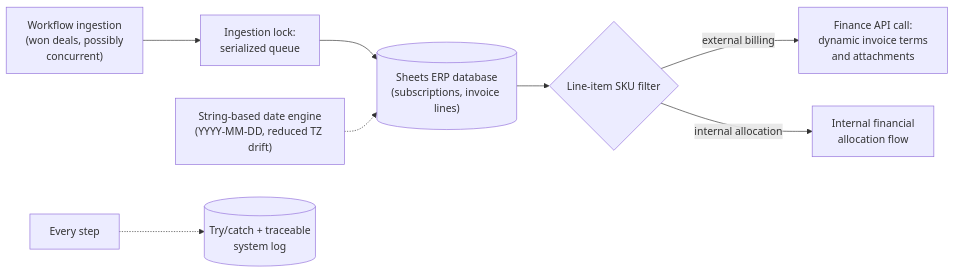
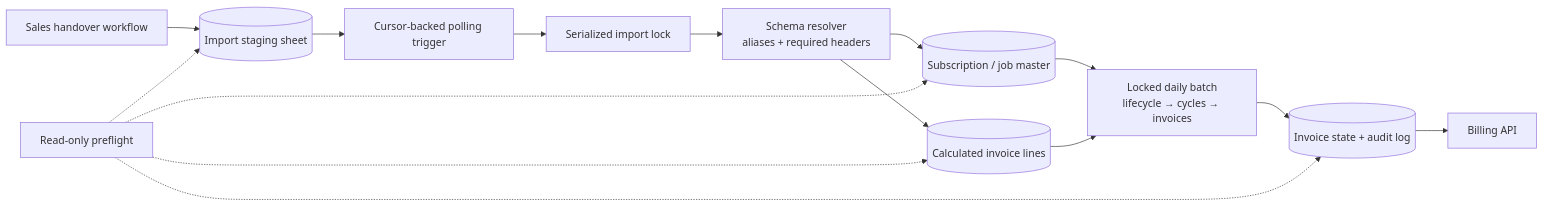
One commit to MatthiasBusscher/automation-portfolio changed the diagram in case-studies/18-financial-erp-refactor.md. Above: the diagram before and after it, drawn with Mermaid. The commit also changed other lines of this file and 2 other files, not shown here.

Commit message:
Update subscription billing case studies

````diff
--- a/case-studies/18-financial-erp-refactor.md
+++ b/case-studies/18-financial-erp-refactor.md
@@ -13,10 +15,16 @@
 ```mermaid
 flowchart LR
-    MAKE["Workflow ingestion<br/>(won deals, possibly<br/>concurrent)"] --> LOCK["Ingestion lock:<br/>serialized queue"]
-    LOCK --> WRITE[("Sheets ERP database<br/>(subscriptions, invoice lines)")]
-    WRITE --> SPLIT{"Line-item SKU filter"}
-    SPLIT -- "external billing" --> WF["Finance API call:<br/>dynamic invoice terms<br/>and attachments"]
-    SPLIT -- "internal allocation" --> INT["Internal financial<br/>allocation flow"]
-    DATES["String-based date engine<br/>(YYYY-MM-DD, reduced TZ drift)"] -.-> WRITE
-    ALL["Every step"] -.-> LOG[("Try/catch + traceable<br/>system log")]
+    FLOW["Sales handover workflow"] --> STAGE[("Import staging sheet")]
+    STAGE --> POLL["Cursor-backed polling trigger"]
+    POLL --> LOCK["Serialized import lock"]
+    LOCK --> SCHEMA["Schema resolver<br/>aliases + required headers"]
+    SCHEMA --> MASTER[("Subscription / job master")]
+    SCHEMA --> LINES[("Calculated invoice lines")]
+    MASTER & LINES --> BATCH["Locked daily batch<br/>lifecycle → cycles → invoices"]
+    BATCH --> STATE[("Invoice state + audit log")]
+    STATE --> BILL["Billing API"]
+    PREFLIGHT["Read-only preflight"] -.-> STAGE
+    PREFLIGHT -.-> MASTER
+    PREFLIGHT -.-> LINES
+    PREFLIGHT -.-> STATE
 ```
````
